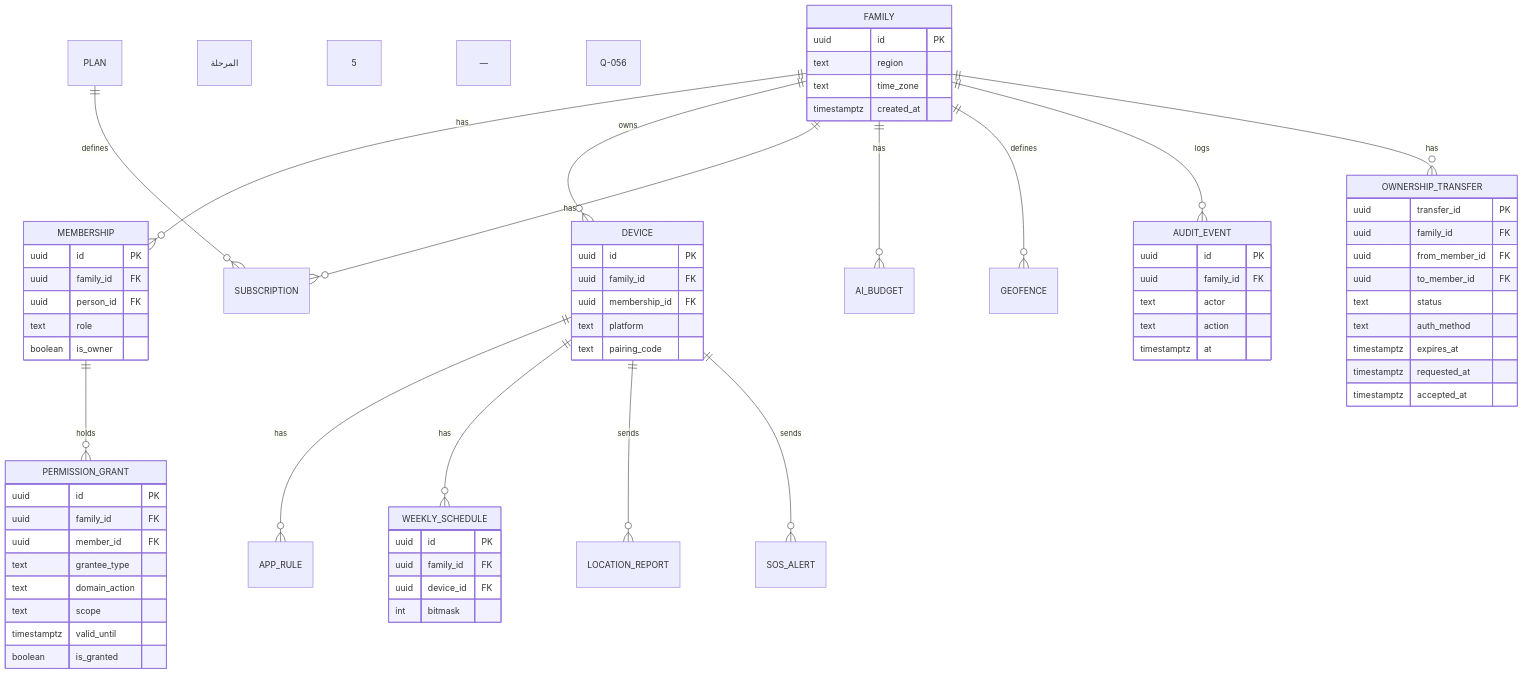
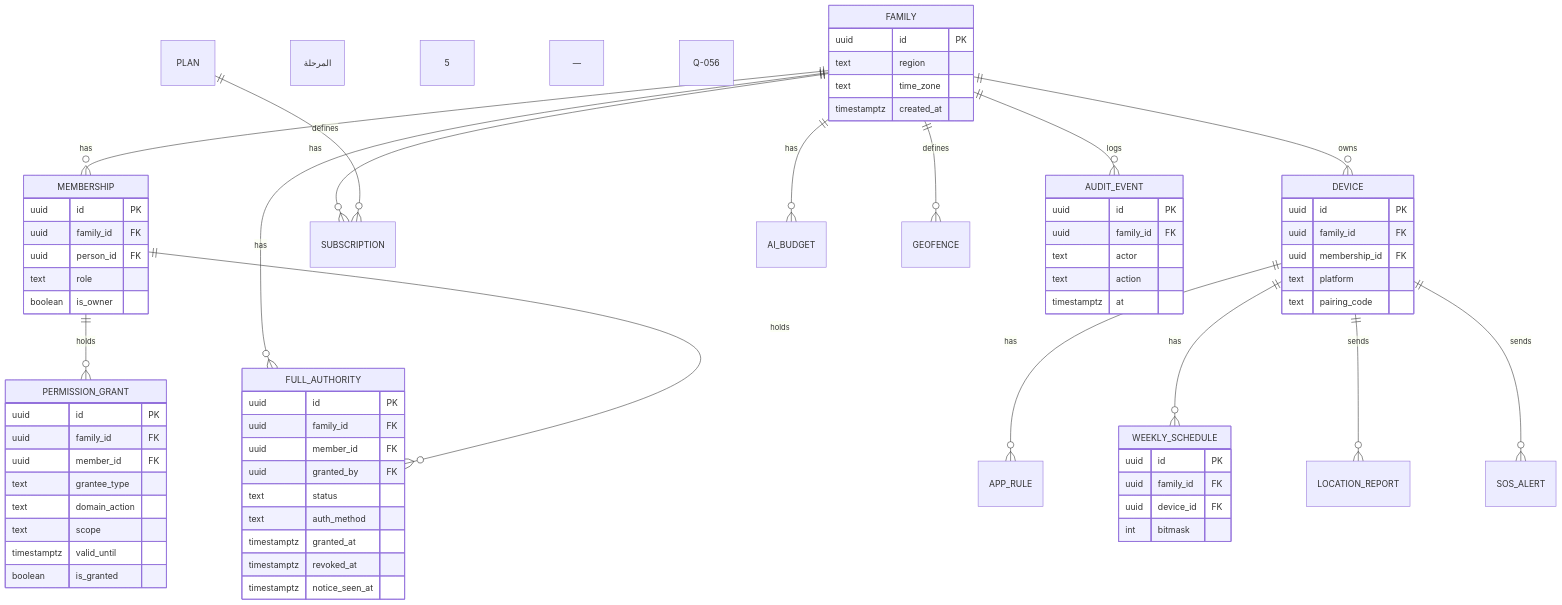
The third of 9 diagrams in docs/family-os/governance/architecture/ARCHITECTURE.md (Bassam-mohammed-alqaeadi/family-os-v2), drawn with Mermaid before and after one commit. The commit also changed other lines of this file and 13 other files, not shown here.

````diff
--- a/docs/family-os/governance/architecture/ARCHITECTURE.md
+++ b/docs/family-os/governance/architecture/ARCHITECTURE.md
@@ -155,70 +155,71 @@
 ```mermaid
 erDiagram
     FAMILY ||--o{ MEMBERSHIP : has
     FAMILY ||--o{ DEVICE : owns
     FAMILY ||--o{ SUBSCRIPTION : has
     FAMILY ||--o{ AI_BUDGET : has
     MEMBERSHIP ||--o{ PERMISSION_GRANT : holds
     DEVICE ||--o{ APP_RULE : has
     DEVICE ||--o{ WEEKLY_SCHEDULE : has
     DEVICE ||--o{ LOCATION_REPORT : sends
     DEVICE ||--o{ SOS_ALERT : sends
     FAMILY ||--o{ GEOFENCE : defines المرحلة 5 — Q-056
     FAMILY ||--o{ AUDIT_EVENT : logs
-    FAMILY ||--o{ OWNERSHIP_TRANSFER : has
+    FAMILY ||--o{ FULL_AUTHORITY : has
+    MEMBERSHIP ||--o{ FULL_AUTHORITY : holds
     PLAN ||--o{ SUBSCRIPTION : defines
     FAMILY {
         uuid id PK
         text region
         text time_zone
         timestamptz created_at
     }
     MEMBERSHIP {
         uuid id PK
         uuid family_id FK
         uuid person_id FK
         text role
         boolean is_owner
     }
     DEVICE {
         uuid id PK
         uuid family_id FK
         uuid membership_id FK
         text platform
         text pairing_code
     }
     PERMISSION_GRANT {
         uuid id PK
         uuid family_id FK
         uuid member_id FK
         text grantee_type
         text domain_action
         text scope
         timestamptz valid_until
         boolean is_granted
     }
     WEEKLY_SCHEDULE {
         uuid id PK
         uuid family_id FK
         uuid device_id FK
         int bitmask
     }
     AUDIT_EVENT {
         uuid id PK
         uuid family_id FK
         text actor
         text action
         timestamptz at
     }
-    OWNERSHIP_TRANSFER {
-        uuid transfer_id PK
+    FULL_AUTHORITY {
+        uuid id PK
         uuid family_id FK
-        uuid from_member_id FK
-        uuid to_member_id FK
+        uuid member_id FK
+        uuid granted_by FK
         text status
         text auth_method
-        timestamptz expires_at
-        timestamptz requested_at
-        timestamptz accepted_at
+        timestamptz granted_at
+        timestamptz revoked_at
+        timestamptz notice_seen_at
     }
 ```
````
